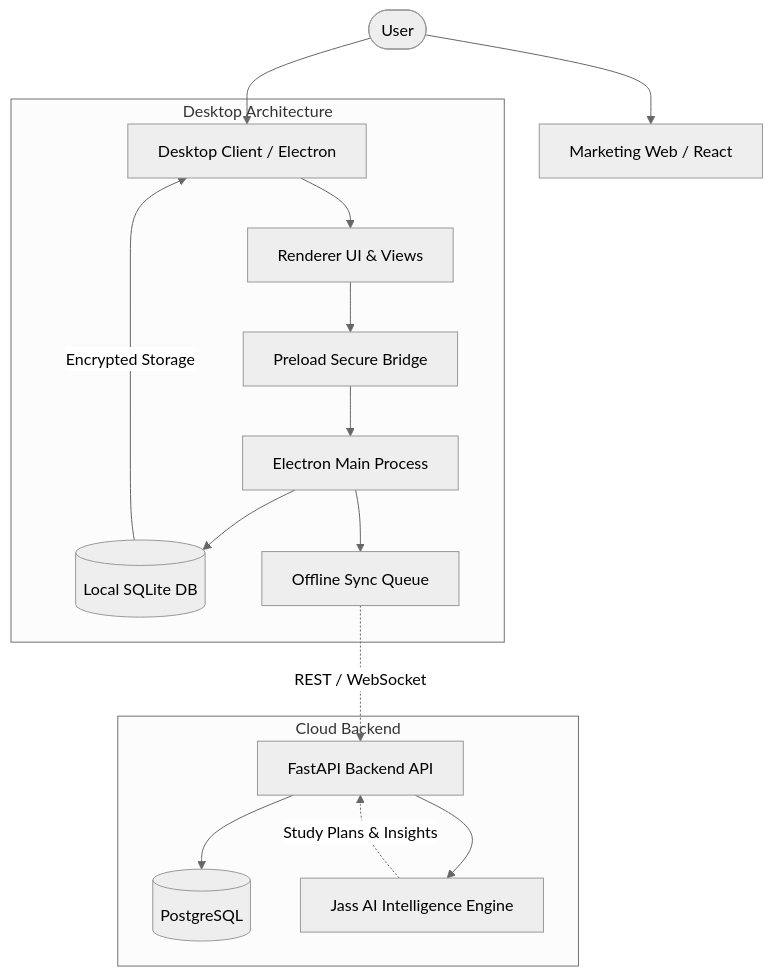
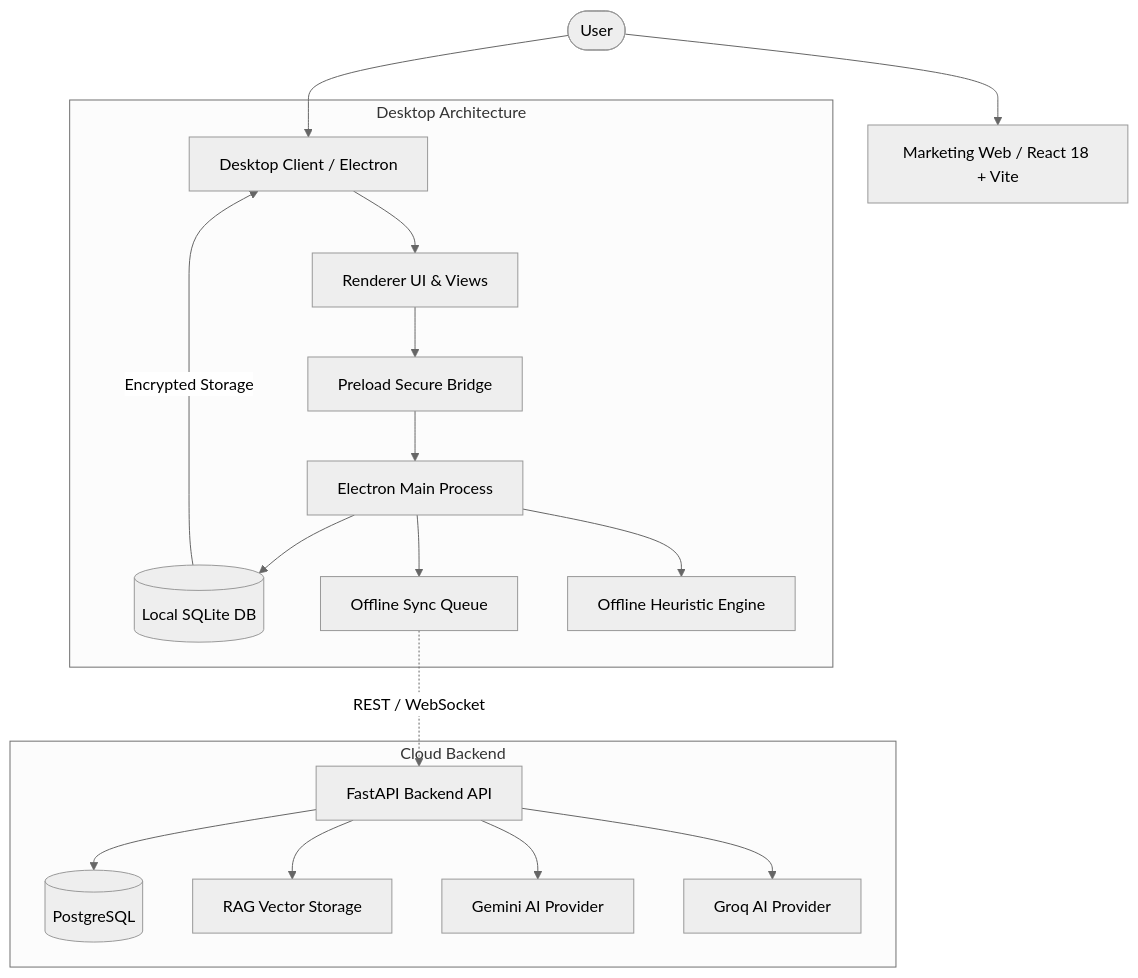
The diagram in README.md (syeedarshad/studyflow-ai), drawn with Mermaid (neutral theme) before and after one commit. The commit also changed other lines of this file, not shown here.

Commit message:
docs: release updated web application and documentation (#6)

````diff
--- a/README.md
+++ b/README.md
@@ -152,22 +189,24 @@
 ```mermaid
 graph TD
     User([User]) --> DesktopClient[Desktop Client / Electron]
-    User --> WebLanding[Marketing Web / React]
+    User --> WebLanding[Marketing Web / React 18 + Vite]
 
     subgraph Desktop Architecture
         DesktopClient --> RendererUI[Renderer UI & Views]
         RendererUI --> PreloadBridge[Preload Secure Bridge]
         PreloadBridge --> MainProcess[Electron Main Process]
         MainProcess --> LocalDB[(Local SQLite DB)]
         MainProcess --> SyncQueue[Offline Sync Queue]
+        MainProcess --> OfflineEngine[Offline Heuristic Engine]
     end
 
     subgraph Cloud Backend
         SyncQueue -.->|REST / WebSocket| BackendAPI[FastAPI Backend API]
         BackendAPI --> CloudDB[(PostgreSQL)]
-        BackendAPI --> JassAIEngine[Jass AI Intelligence Engine]
+        BackendAPI --> RAGService[RAG Vector Storage]
+        BackendAPI --> GeminiProvider[Gemini AI Provider]
+        BackendAPI --> GroqProvider[Groq AI Provider]
     end
 
     LocalDB -->|Encrypted Storage| DesktopClient
-    JassAIEngine -.->|Study Plans & Insights| BackendAPI
 ```
````
